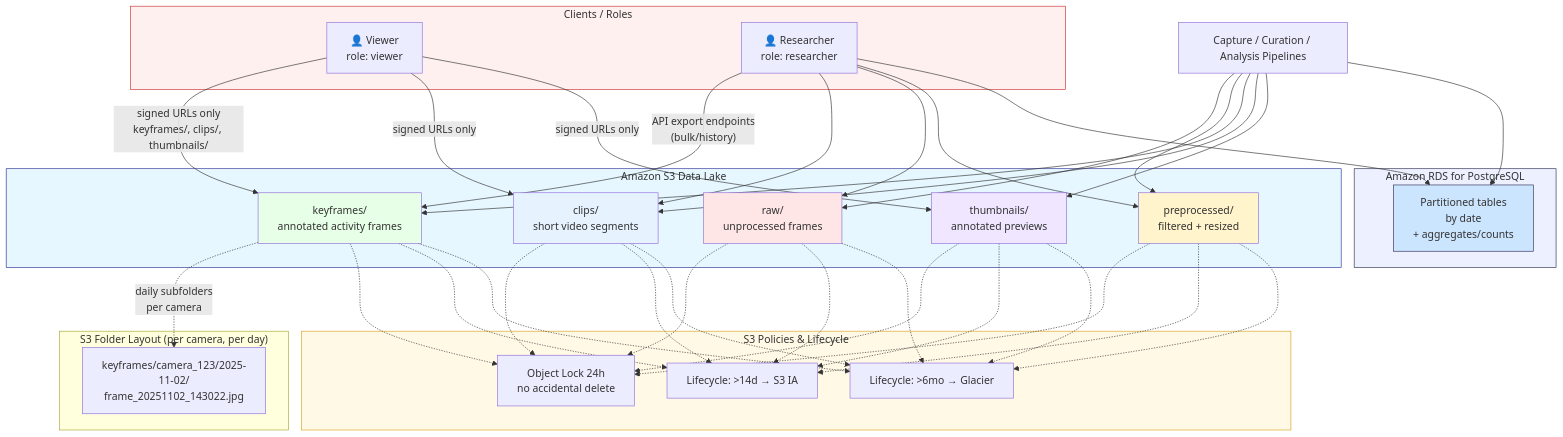
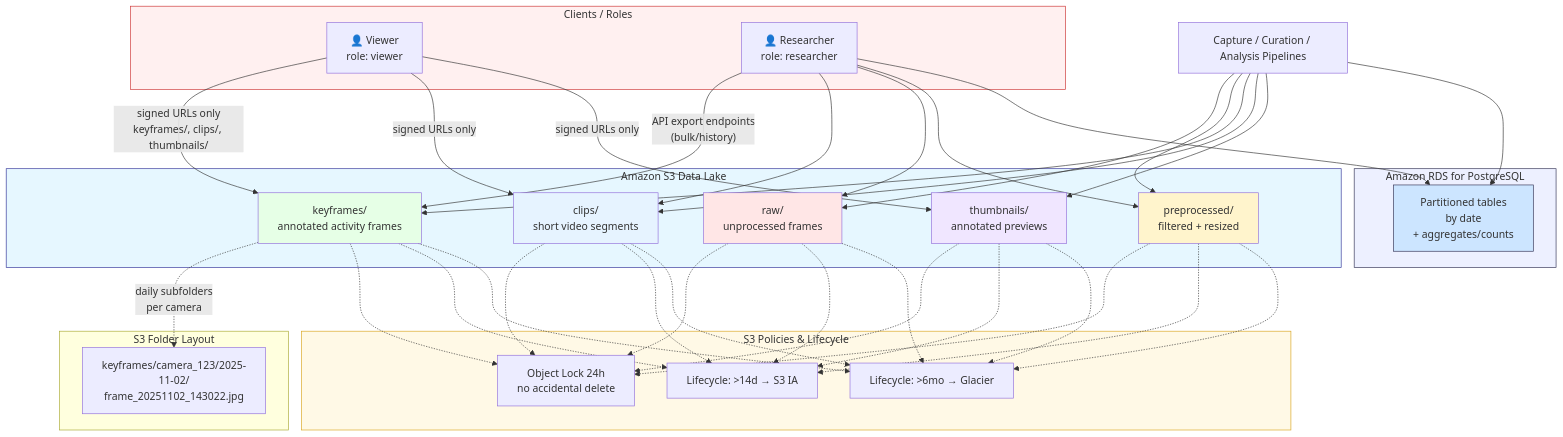
The diagram in test.mmd (zChen-1/Projects-in-school), drawn with Mermaid before and after one commit.

```diff
--- a/test.mmd
+++ b/test.mmd
@@ -1,81 +1,81 @@
 graph TB
 
     subgraph Clients["Clients / Roles"]
         VIEWER["👤 Viewer<br/>role: viewer"]
         RESEARCHER["👤 Researcher<br/>role: researcher"]
     end
 
     subgraph S3Lake["Amazon S3 Data Lake"]
         RAW["raw/<br/>unprocessed frames"]
         PRE["preprocessed/<br/>filtered + resized"]
         KF["keyframes/<br/>annotated activity frames"]
         CLIPS["clips/<br/>short video segments"]
         THUMBS["thumbnails/<br/>annotated previews"]
     end
 
-    subgraph Org["S3 Folder Layout (per camera, per day)"]
+    subgraph Org["S3 Folder Layout"]
         EX1["keyframes/camera_123/2025-11-02/<br/>frame_20251102_143022.jpg"]
     end
 
     subgraph Policies["S3 Policies & Lifecycle"]
         LOCK["Object Lock 24h<br/>no accidental delete"]
         IA["Lifecycle: >14d → S3 IA"]
         GLACIER["Lifecycle: >6mo → Glacier"]
     end
 
     subgraph Metadata["Amazon RDS for PostgreSQL"]
         RDS["Partitioned tables<br/>by date<br/>+ aggregates/counts"]
     end
 
     %% Flow from ingestion/processing (implicit producer)
     PROC["Capture / Curation / Analysis Pipelines"] --> RAW
     PROC --> PRE
     PROC --> KF
     PROC --> CLIPS
     PROC --> THUMBS
     PROC --> RDS
 
     %% Folder organization
     KF -. "daily subfolders<br/>per camera" .-> EX1
 
     %% Policies apply to all S3 zones
     RAW -.-> LOCK
     PRE -.-> LOCK
     KF -.-> LOCK
     CLIPS -.-> LOCK
     THUMBS -.-> LOCK
 
     RAW -.-> IA
     PRE -.-> IA
     KF -.-> IA
     CLIPS -.-> IA
     THUMBS -.-> IA
 
     RAW -.-> GLACIER
     PRE -.-> GLACIER
     KF -.-> GLACIER
     CLIPS -.-> GLACIER
     THUMBS -.-> GLACIER
 
     %% Access control
     VIEWER -->|"signed URLs only<br/>keyframes/, clips/, thumbnails/"| KF
     VIEWER -->|"signed URLs only"| CLIPS
     VIEWER -->|"signed URLs only"| THUMBS
 
     RESEARCHER -->|"API export endpoints<br/>(bulk/history)"| KF
     RESEARCHER --> CLIPS
     RESEARCHER --> RAW
     RESEARCHER --> PRE
     RESEARCHER --> RDS
 
     %% Styling
     style S3Lake fill:#e6f7ff,stroke:#339,stroke-width:1px
     style RAW fill:#ffe6e6
     style PRE fill:#fff4cc
     style KF fill:#e6ffe6
     style CLIPS fill:#e6f3ff
     style THUMBS fill:#f0e6ff
     style Metadata fill:#edf0ff,stroke:#335,stroke-width:1px
     style RDS fill:#cce5ff,stroke:#335,stroke-width:1px
     style Policies fill:#fff9e6,stroke:#d9a520,stroke-width:1px
     style Clients fill:#fff0f0,stroke:#c33,stroke-width:1px
```
